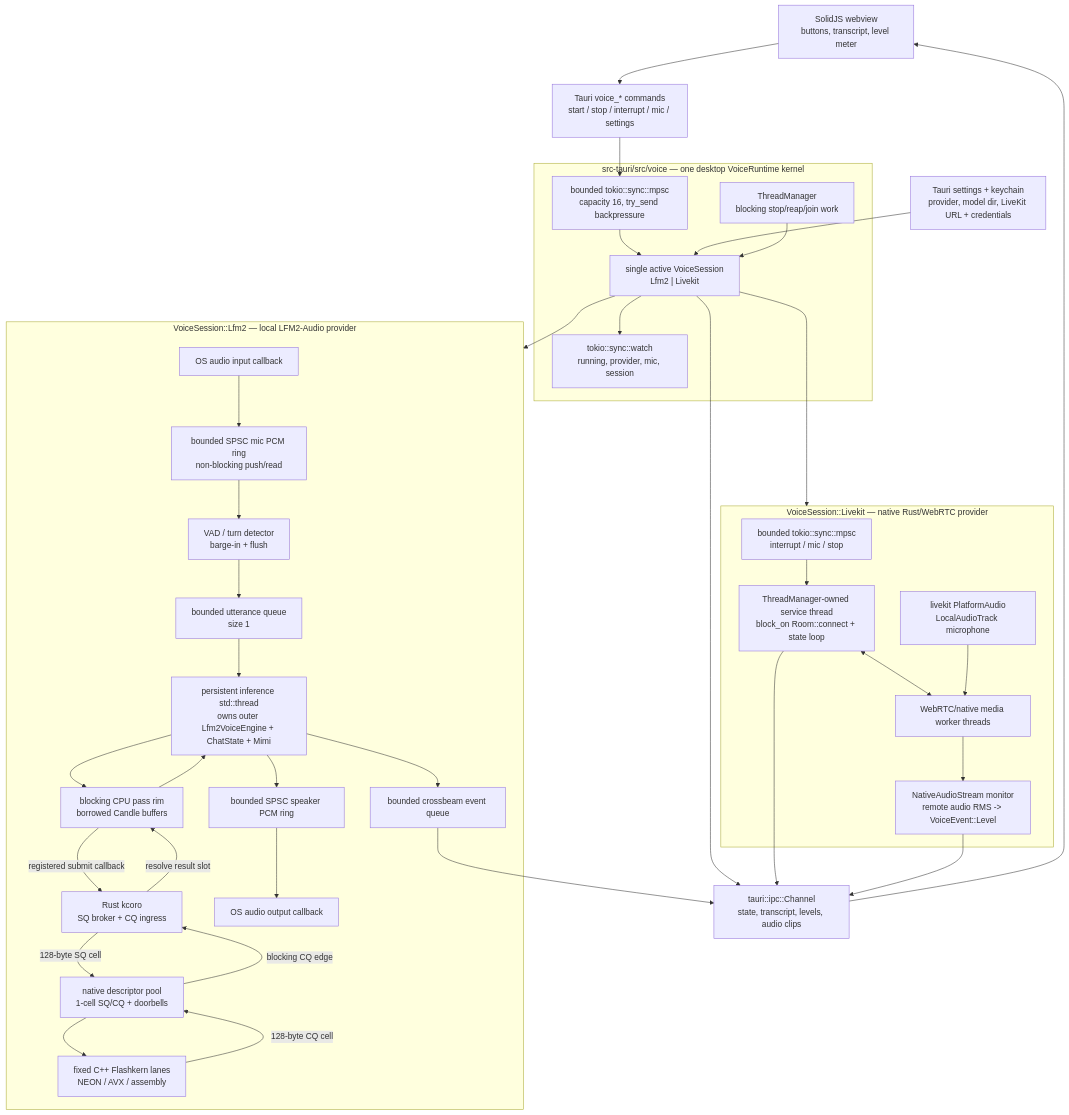
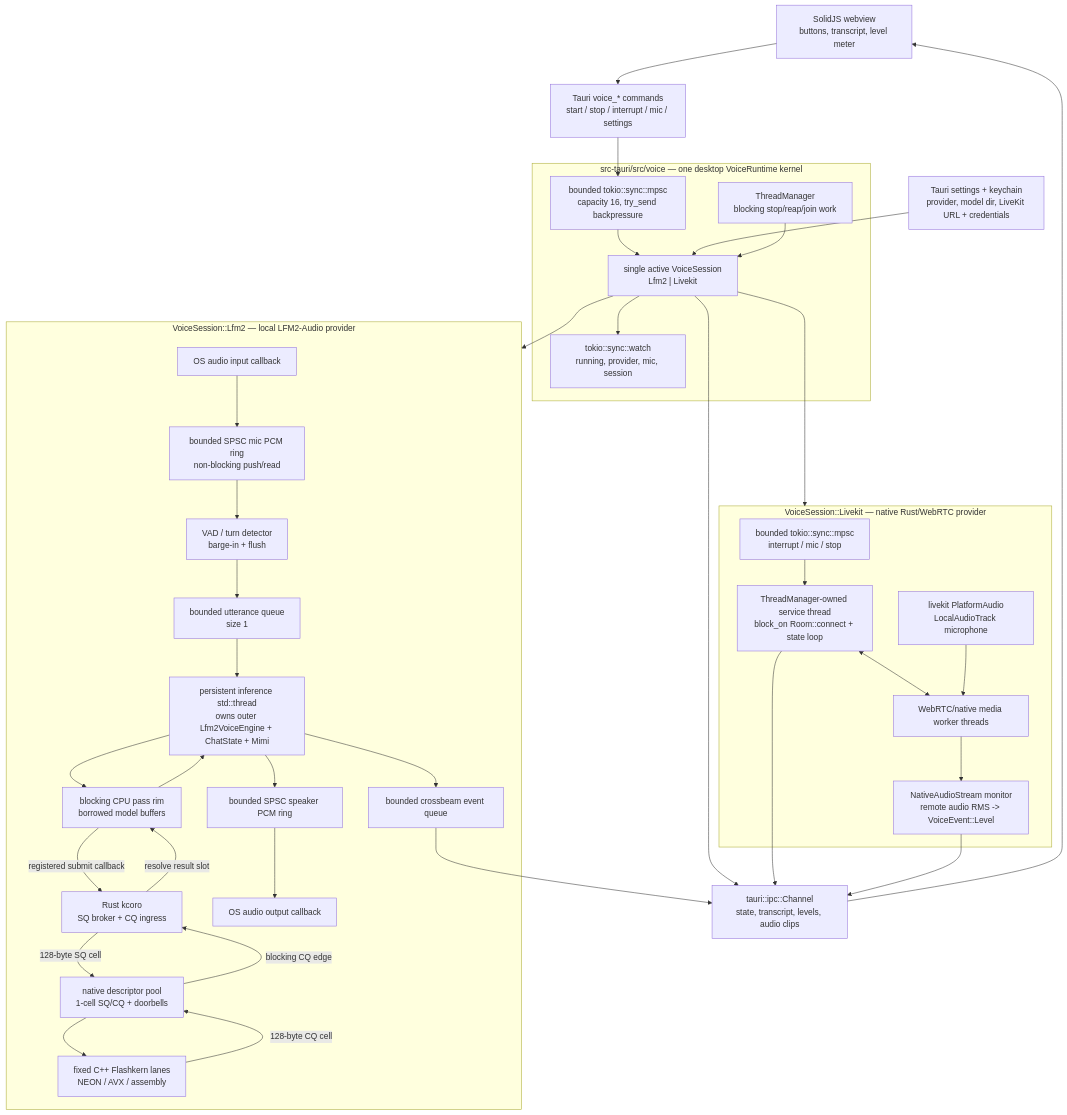
One commit to SolaceHarmony/emberharmony changed the first of 3 diagrams in packages/desktop/src-tauri/src/voice/VOICE_ARCHITECTURE.md. Above: the diagram before and after it, drawn with Mermaid. The commit also changed other lines of this file and 39 other files, not shown here.

Commit message:
Refactor app state and UI flows

````diff
--- a/packages/desktop/src-tauri/src/voice/VOICE_ARCHITECTURE.md
+++ b/packages/desktop/src-tauri/src/voice/VOICE_ARCHITECTURE.md
@@ -143,66 +143,66 @@
 ```mermaid
 flowchart TB
   UI["SolidJS webview\nbuttons, transcript, level meter"]
   Cmd["Tauri voice_* commands\nstart / stop / interrupt / mic / settings"]
   Events["tauri::ipc::Channel<VoiceEvent>\nstate, transcript, levels, audio clips"]
   Settings["Tauri settings + keychain\nprovider, model dir, LiveKit URL + credentials"]
 
   subgraph Kernel["src-tauri/src/voice — one desktop VoiceRuntime kernel"]
     Queue["bounded tokio::sync::mpsc<RuntimeCommand>\ncapacity 16, try_send backpressure"]
     Snap["tokio::sync::watch<RuntimeSnapshot>\nrunning, provider, mic, session"]
     Router["single active VoiceSession\nLfm2 | Livekit"]
     Threads["ThreadManager\nblocking stop/reap/join work"]
   end
 
   UI --> Cmd --> Queue --> Router
   Settings --> Router
   Router --> Snap
   Router --> Events --> UI
   Threads --> Router
 
   subgraph LFM2["VoiceSession::Lfm2 — local LFM2-Audio provider"]
     MicCb["OS audio input callback"]
     MicRing["bounded SPSC mic PCM ring\nnon-blocking push/read"]
     Vad["VAD / turn detector\nbarge-in + flush"]
     UttQ["bounded utterance queue\nsize 1"]
     Infer["persistent inference std::thread\nowns outer Lfm2VoiceEngine + ChatState + Mimi"]
-    Rim["blocking CPU pass rim\nborrowed Candle buffers"]
+    Rim["blocking CPU pass rim\nborrowed model buffers"]
     Coord["Rust kcoro\nSQ broker + CQ ingress"]
     Bridge["native descriptor pool\n1-cell SQ/CQ + doorbells"]
     Flash["fixed C++ Flashkern lanes\nNEON / AVX / assembly"]
     EventQ["bounded crossbeam event queue"]
     OutRing["bounded SPSC speaker PCM ring"]
     SpkCb["OS audio output callback"]
 
     MicCb --> MicRing --> Vad --> UttQ --> Infer
     Infer --> Rim
     Rim -->|"registered submit callback"| Coord
     Coord -->|"128-byte SQ cell"| Bridge
     Bridge --> Flash
     Flash -->|"128-byte CQ cell"| Bridge
     Bridge -->|"blocking CQ edge"| Coord
     Coord -->|"resolve result slot"| Rim
     Rim --> Infer
     Infer --> EventQ
     Infer --> OutRing --> SpkCb
   end
 
   subgraph LiveKit["VoiceSession::Livekit — native Rust/WebRTC provider"]
     LkCmd["bounded tokio::sync::mpsc<LiveKitCommand>\ninterrupt / mic / stop"]
     LkTask["ThreadManager-owned service thread\nblock_on Room::connect + state loop"]
     LkAudio["livekit PlatformAudio\nLocalAudioTrack microphone"]
     LkMedia["WebRTC/native media worker threads"]
     LkMeter["NativeAudioStream monitor\nremote audio RMS -> VoiceEvent::Level"]
 
     LkCmd --> LkTask
     LkTask <--> LkMedia
     LkAudio --> LkMedia
     LkMedia --> LkMeter
   end
 
   Router --> LFM2
   Router --> LiveKit
   EventQ --> Events
   LkTask --> Events
   LkMeter --> Events
 ```
````
